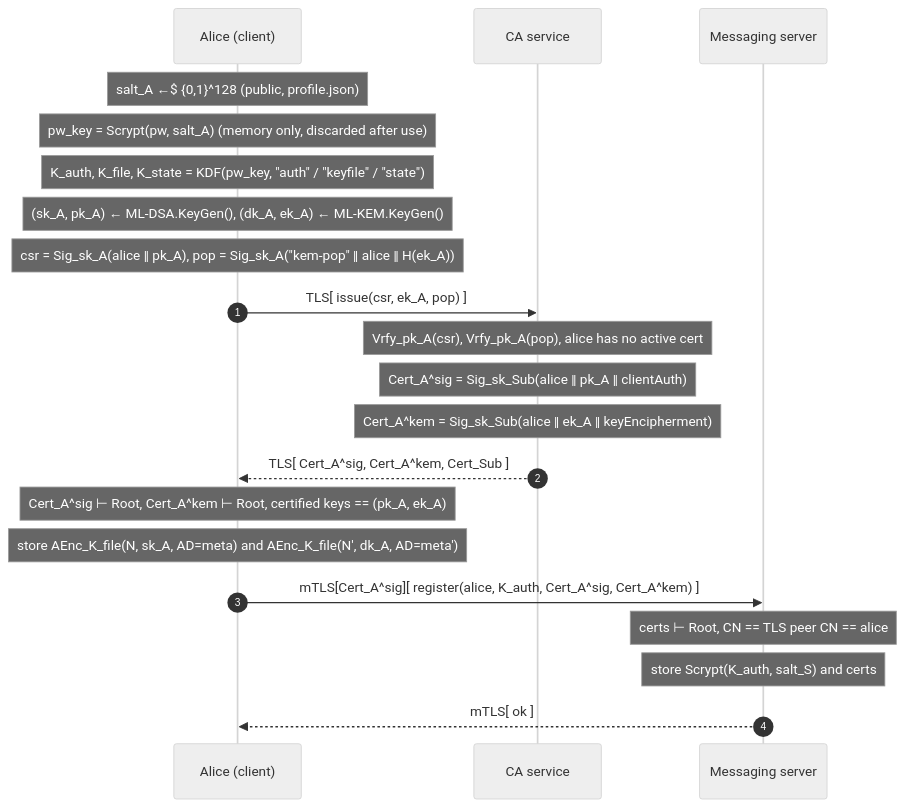
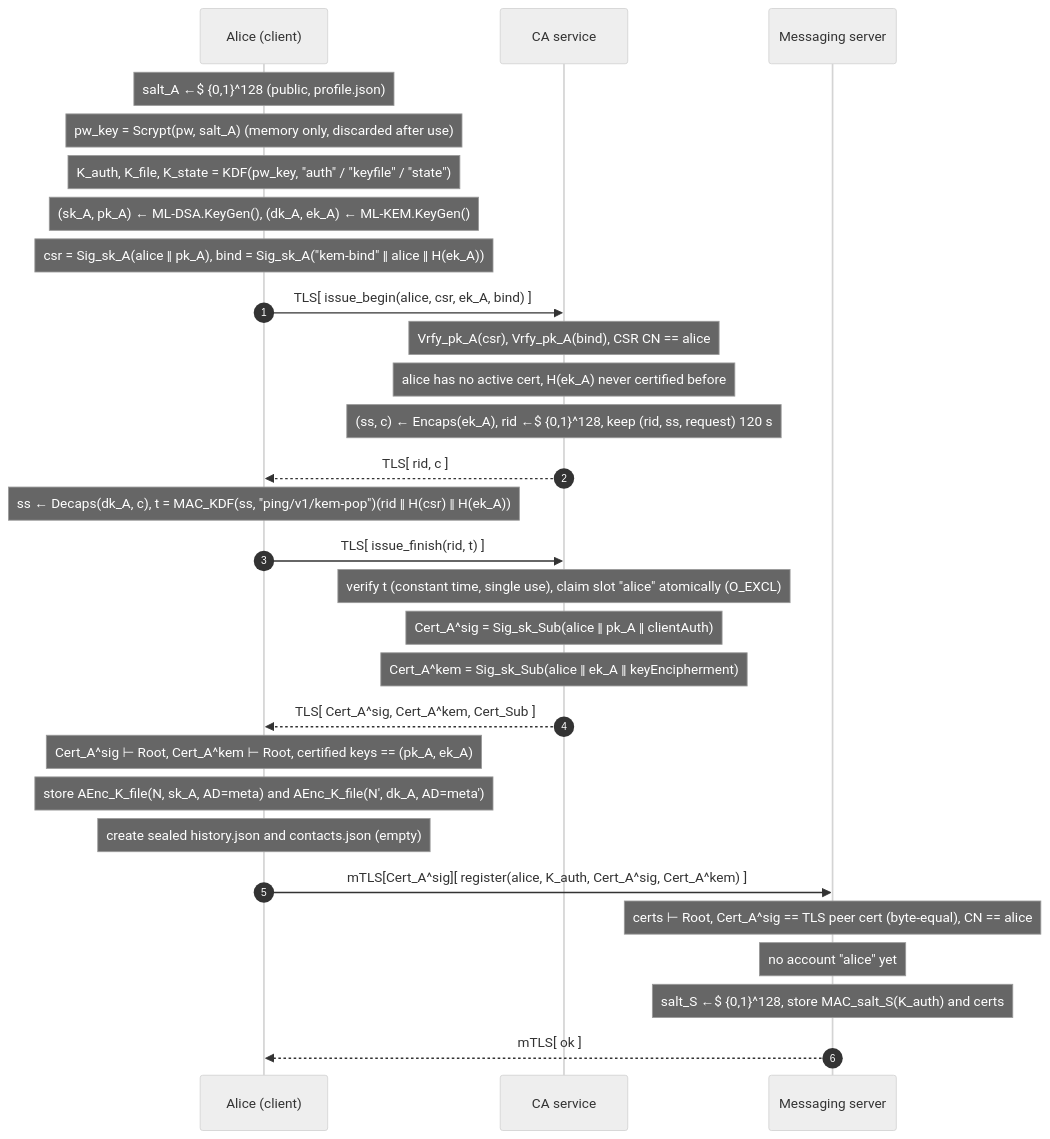
One commit to darthrevan030/ping-secure-messenger changed the third of 5 diagrams in plan.md. Above: the diagram before and after it, drawn with Mermaid (neutral theme). The commit also changed other lines of this file, not shown here.

````diff
--- a/plan.md
+++ b/plan.md
@@ -124,23 +136,31 @@
 ```mermaid
 sequenceDiagram
   autonumber
   participant A as Alice (client)
   participant CA as CA service
   participant S as Messaging server
   Note over A: salt_A ←$ {0,1}^128 (public, profile.json)
   Note over A: pw_key = Scrypt(pw, salt_A) (memory only, discarded after use)
   Note over A: K_auth, K_file, K_state = KDF(pw_key, "auth" / "keyfile" / "state")
   Note over A: (sk_A, pk_A) ← ML-DSA.KeyGen(), (dk_A, ek_A) ← ML-KEM.KeyGen()
-  Note over A: csr = Sig_sk_A(alice ‖ pk_A), pop = Sig_sk_A("kem-pop" ‖ alice ‖ H(ek_A))
-  A->>CA: TLS[ issue(csr, ek_A, pop) ]
-  Note over CA: Vrfy_pk_A(csr), Vrfy_pk_A(pop), alice has no active cert
+  Note over A: csr = Sig_sk_A(alice ‖ pk_A), bind = Sig_sk_A("kem-bind" ‖ alice ‖ H(ek_A))
+  A->>CA: TLS[ issue_begin(alice, csr, ek_A, bind) ]
+  Note over CA: Vrfy_pk_A(csr), Vrfy_pk_A(bind), CSR CN == alice
+  Note over CA: alice has no active cert, H(ek_A) never certified before
+  Note over CA: (ss, c) ← Encaps(ek_A), rid ←$ {0,1}^128, keep (rid, ss, request) 120 s
+  CA-->>A: TLS[ rid, c ]
+  Note over A: ss ← Decaps(dk_A, c), t = MAC_KDF(ss, "ping/v1/kem-pop")(rid ‖ H(csr) ‖ H(ek_A))
+  A->>CA: TLS[ issue_finish(rid, t) ]
+  Note over CA: verify t (constant time, single use), claim slot "alice" atomically (O_EXCL)
   Note over CA: Cert_A^sig = Sig_sk_Sub(alice ‖ pk_A ‖ clientAuth)
   Note over CA: Cert_A^kem = Sig_sk_Sub(alice ‖ ek_A ‖ keyEncipherment)
   CA-->>A: TLS[ Cert_A^sig, Cert_A^kem, Cert_Sub ]
   Note over A: Cert_A^sig ⊢ Root, Cert_A^kem ⊢ Root, certified keys == (pk_A, ek_A)
   Note over A: store AEnc_K_file(N, sk_A, AD=meta) and AEnc_K_file(N', dk_A, AD=meta')
+  Note over A: create sealed history.json and contacts.json (empty)
   A->>S: mTLS[Cert_A^sig][ register(alice, K_auth, Cert_A^sig, Cert_A^kem) ]
-  Note over S: certs ⊢ Root, CN == TLS peer CN == alice
-  Note over S: store Scrypt(K_auth, salt_S) and certs
+  Note over S: certs ⊢ Root, Cert_A^sig == TLS peer cert (byte-equal), CN == alice
+  Note over S: no account "alice" yet
+  Note over S: salt_S ←$ {0,1}^128, store MAC_salt_S(K_auth) and certs
   S-->>A: mTLS[ ok ]
 ```
````
